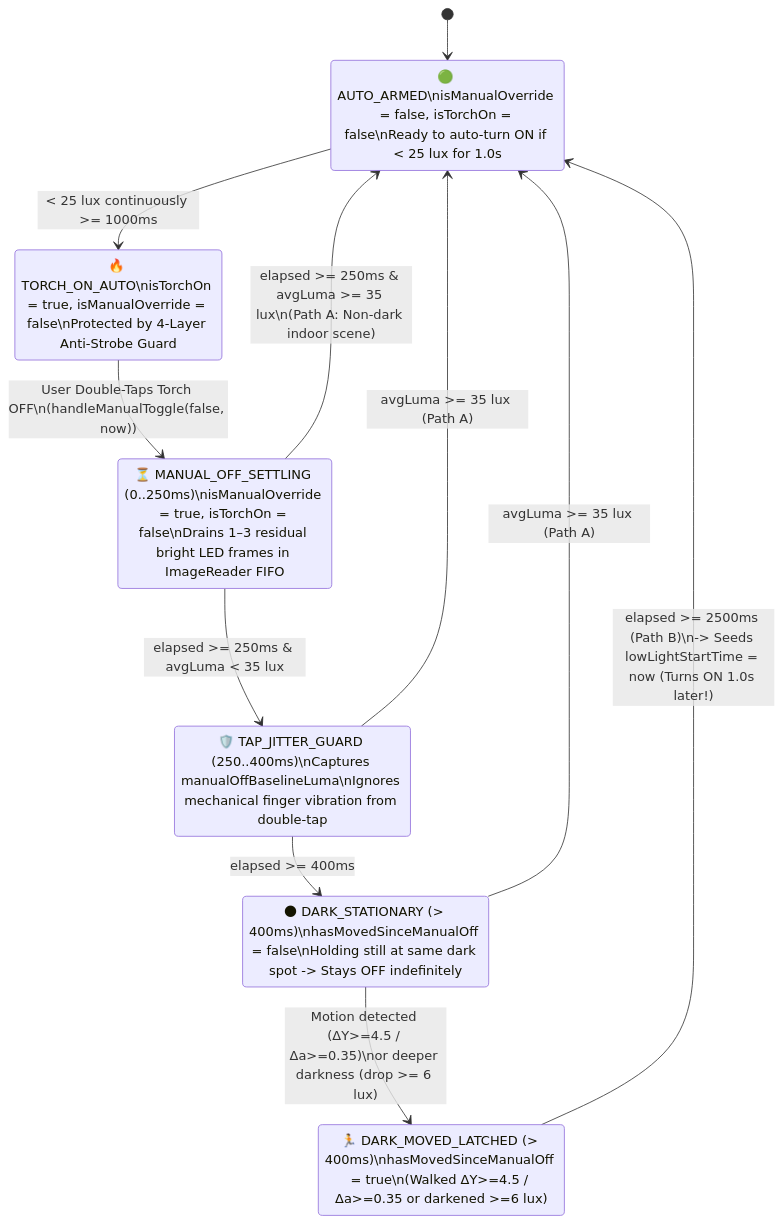
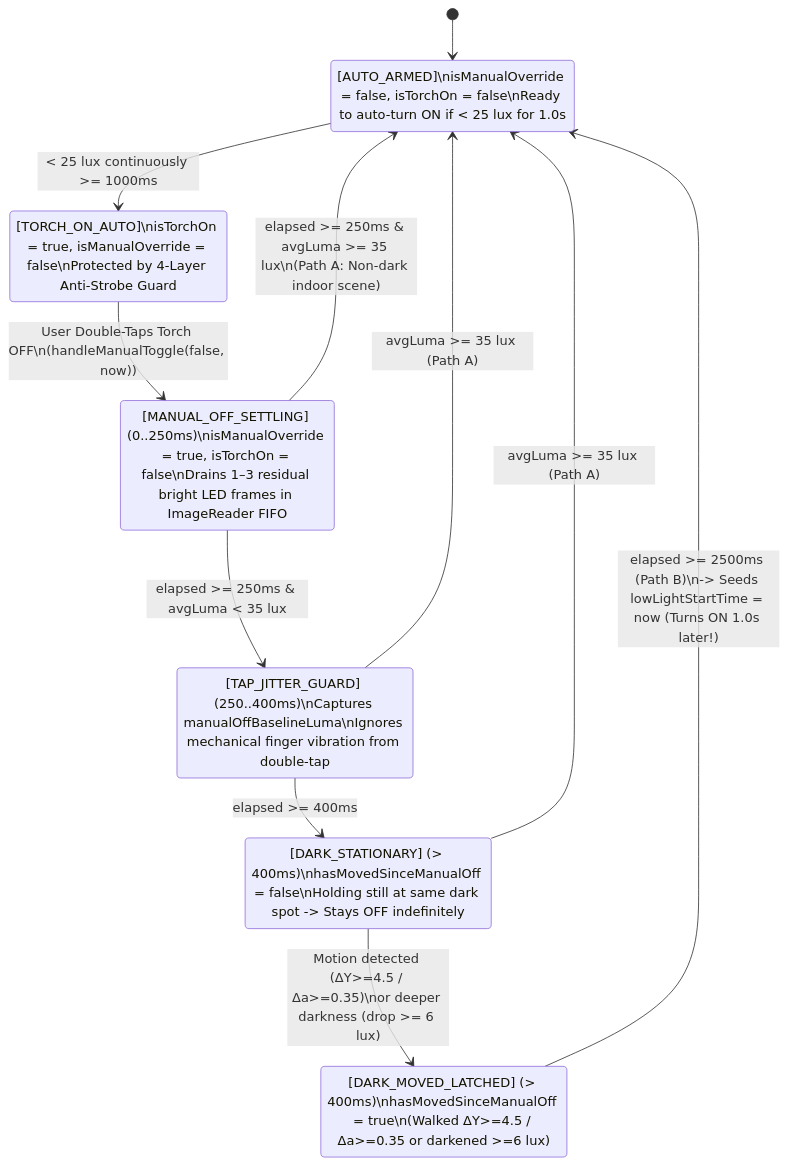
One commit to hezioquan12/vietnamese-money-vision changed the sixth of 9 diagrams in docs/SYSTEM_ARCHITECTURE_AND_DESIGN.en.md. Above: the diagram before and after it, drawn with Mermaid. The commit also changed other lines of this file and 4 other files, not shown here.

Commit message:
docs: standardize technical specifications, remove sprint tickets and de-slop diagrams

````diff
--- a/docs/SYSTEM_ARCHITECTURE_AND_DESIGN.en.md
+++ b/docs/SYSTEM_ARCHITECTURE_AND_DESIGN.en.md
@@ -263,20 +263,20 @@
 ```mermaid
 stateDiagram-v2
     [*] --> AUTO_ARMED
-    AUTO_ARMED: 🟢 AUTO_ARMED\nisManualOverride = false, isTorchOn = false\nReady to auto-turn ON if < 25 lux for 1.0s
-    TORCH_ON_AUTO: 🔥 TORCH_ON_AUTO\nisTorchOn = true, isManualOverride = false\nProtected by 4-Layer Anti-Strobe Guard
-    SETTLE_DRAIN: ⏳ MANUAL_OFF_SETTLING (0..250ms)\nisManualOverride = true, isTorchOn = false\nDrains 1–3 residual bright LED frames in ImageReader FIFO
-    TAP_JITTER_GUARD: 🛡️ TAP_JITTER_GUARD (250..400ms)\nCaptures manualOffBaselineLuma\nIgnores mechanical finger vibration from double-tap
-    DARK_STATIONARY: 🌑 DARK_STATIONARY (> 400ms)\nhasMovedSinceManualOff = false\nHolding still at same dark spot -> Stays OFF indefinitely
-    DARK_MOVED_LATCHED: 🏃 DARK_MOVED_LATCHED (> 400ms)\nhasMovedSinceManualOff = true\n(Walked ΔY>=4.5 / Δa>=0.35 or darkened >=6 lux)
+    AUTO_ARMED: [AUTO_ARMED]\nisManualOverride = false, isTorchOn = false\nReady to auto-turn ON if < 25 lux for 1.0s
+    TORCH_ON_AUTO: [TORCH_ON_AUTO]\nisTorchOn = true, isManualOverride = false\nProtected by 4-Layer Anti-Strobe Guard
+    SETTLE_DRAIN: [MANUAL_OFF_SETTLING] (0..250ms)\nisManualOverride = true, isTorchOn = false\nDrains 1–3 residual bright LED frames in ImageReader FIFO
+    TAP_JITTER_GUARD: [TAP_JITTER_GUARD] (250..400ms)\nCaptures manualOffBaselineLuma\nIgnores mechanical finger vibration from double-tap
+    DARK_STATIONARY: [DARK_STATIONARY] (> 400ms)\nhasMovedSinceManualOff = false\nHolding still at same dark spot -> Stays OFF indefinitely
+    DARK_MOVED_LATCHED: [DARK_MOVED_LATCHED] (> 400ms)\nhasMovedSinceManualOff = true\n(Walked ΔY>=4.5 / Δa>=0.35 or darkened >=6 lux)
 
     AUTO_ARMED --> TORCH_ON_AUTO: < 25 lux continuously >= 1000ms
     TORCH_ON_AUTO --> SETTLE_DRAIN: User Double-Taps Torch OFF\n(handleManualToggle(false, now))
     SETTLE_DRAIN --> AUTO_ARMED: elapsed >= 250ms & avgLuma >= 35 lux\n(Path A: Non-dark indoor scene)
     SETTLE_DRAIN --> TAP_JITTER_GUARD: elapsed >= 250ms & avgLuma < 35 lux
     TAP_JITTER_GUARD --> AUTO_ARMED: avgLuma >= 35 lux (Path A)
     TAP_JITTER_GUARD --> DARK_STATIONARY: elapsed >= 400ms
     DARK_STATIONARY --> AUTO_ARMED: avgLuma >= 35 lux (Path A)
     DARK_STATIONARY --> DARK_MOVED_LATCHED: Motion detected (ΔY>=4.5 / Δa>=0.35)\nor deeper darkness (drop >= 6 lux)
     DARK_MOVED_LATCHED --> AUTO_ARMED: elapsed >= 2500ms (Path B)\n-> Seeds lowLightStartTime = now (Turns ON 1.0s later!)
 ```
````
